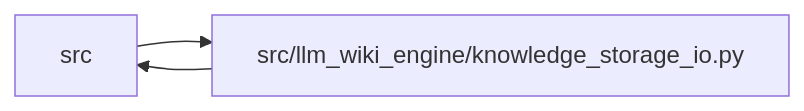
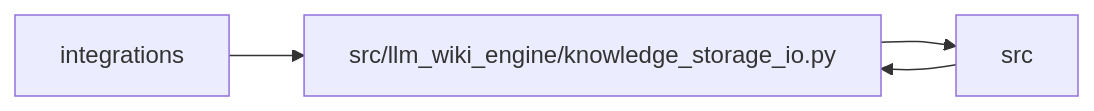
Before and after one commit to Denissvgn/python-wiki-llm: the diagram in docs/llm_wiki/modules/knowledge_storage_io.md, drawn with Mermaid. The commit also changed other lines of this file and 509 other files, not shown here.

First line of the commit message:
docs: refresh the wiki for the deprecated engine aliases

````diff
--- a/docs/llm_wiki/modules/knowledge_storage_io.md
+++ b/docs/llm_wiki/modules/knowledge_storage_io.md
@@ -28,8 +28,10 @@
 ```mermaid
 flowchart LR
-    n0["src"]
-    n1["src/llm_wiki_engine/knowledge_storage_io.py"]
-    n0 --> n1
-    n1 --> n0
-    click n1 "../modules/knowledge_storage_io.md"
+    n0["integrations"]
+    n1["src"]
+    n2["src/llm_wiki_engine/knowledge_storage_io.py"]
+    n0 --> n2
+    n1 --> n2
+    n2 --> n1
+    click n2 "../modules/knowledge_storage_io.md"
 ```
````
